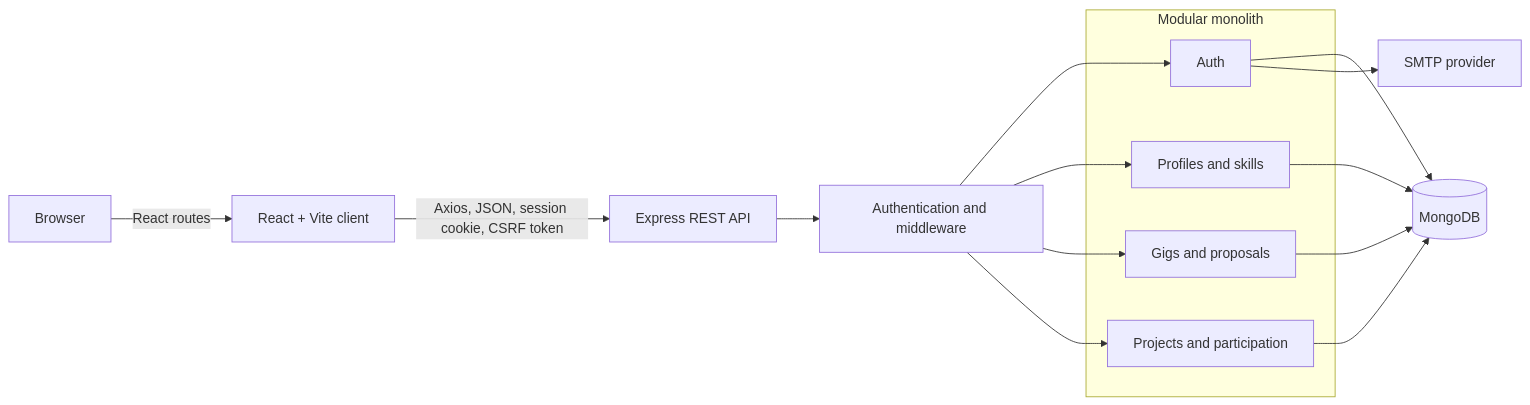
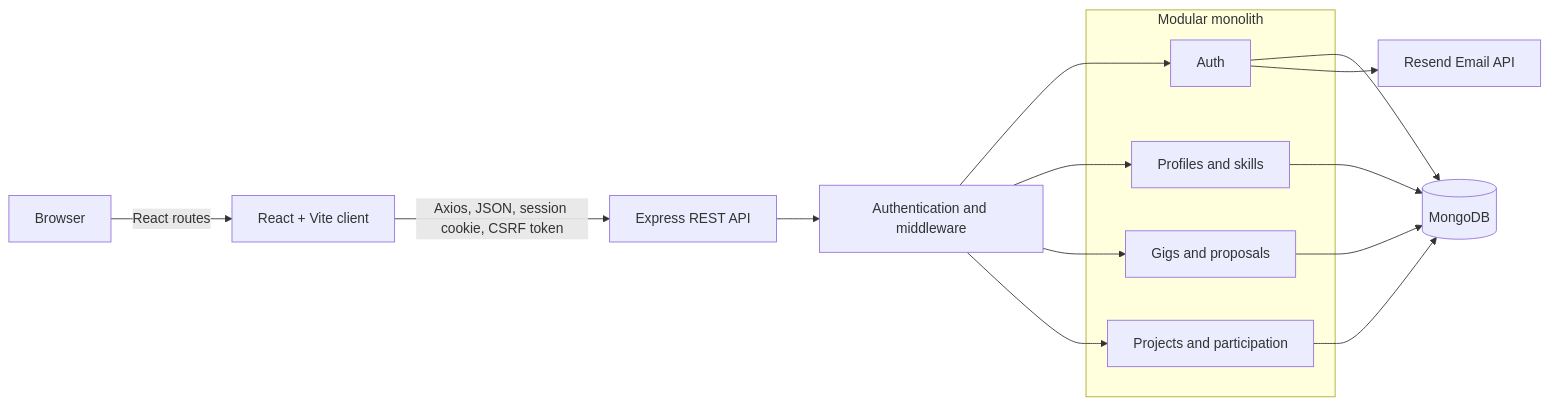
One commit to sristikundu1/CampusCollab changed the diagram in README.md. Above: the diagram before and after it, drawn with Mermaid. The commit also changed other lines of this file and 16 other files, not shown here.

Commit message:
refactor(email): send verification through Resend

````diff
--- a/README.md
+++ b/README.md
@@ -65,23 +65,23 @@
 ```mermaid
 flowchart LR
     U[Browser] -->|React routes| C[React + Vite client]
     C -->|Axios, JSON, session cookie, CSRF token| A[Express REST API]
     A --> M[Authentication and middleware]
     M --> AUTH
     M --> PROFILE
     M --> GIG
     M --> PROJECT
 
     subgraph MODULES[Modular monolith]
       AUTH[Auth]
       PROFILE[Profiles and skills]
       GIG[Gigs and proposals]
       PROJECT[Projects and participation]
     end
 
     AUTH --> DB[(MongoDB)]
     PROFILE --> DB
     GIG --> DB
     PROJECT --> DB
-    AUTH --> SMTP[SMTP provider]
+    AUTH --> EMAIL[Resend Email API]
 ```
````
